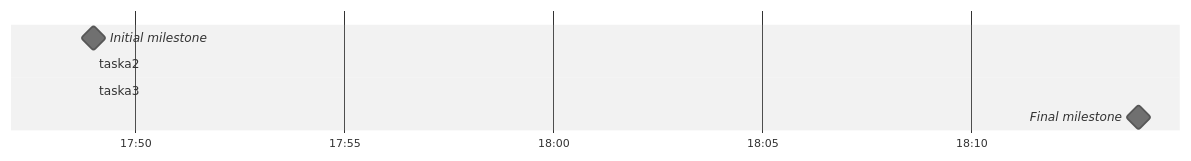
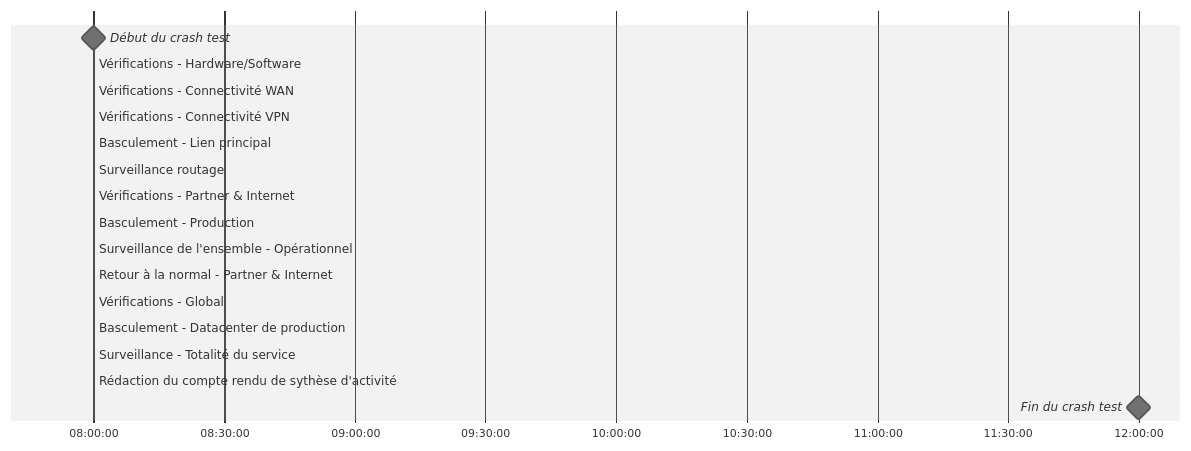
The diagram in test.md (Fehdi9/Windows-WDAC-PowerShell-GUI), drawn with Mermaid (neutral theme) before and after one commit. The commit also changed other lines of this file, not shown here.

````diff
--- a/test.md
+++ b/test.md
@@ -2,9 +2,21 @@
 ```mermaid
 gantt
 dateFormat HH:mm
-axisFormat %H:%M
-Initial milestone : milestone, m1, 17:49,2min
-taska2 : 10min
-taska3 : 5min
-Final milestone : milestone, m2, 18:14, 2min
+axisFormat %H:%M:%S
+todayMarker off
+Début du crash test : milestone, m1, 08:00, 0min
+Vérifications - Hardware/Software : 30min
+Vérifications - Connectivité WAN : 30min
+Vérifications - Connectivité VPN : 30min
+Basculement - Lien principal : 10min
+Surveillance routage : 10min
+Vérifications - Partner & Internet : 15min
+Basculement - Production : 10min
+Surveillance de l'ensemble - Opérationnel : 20min
+Retour à la normal - Partner & Internet : 15min
+Vérifications - Global : 15min
+Basculement - Datacenter de production : 15min
+Surveillance - Totalité du service : 20min 
+Rédaction du compte rendu de sythèse d'activité : 20min
+Fin du crash test : milestone, m2, 12:00, 0min
 ```
````
